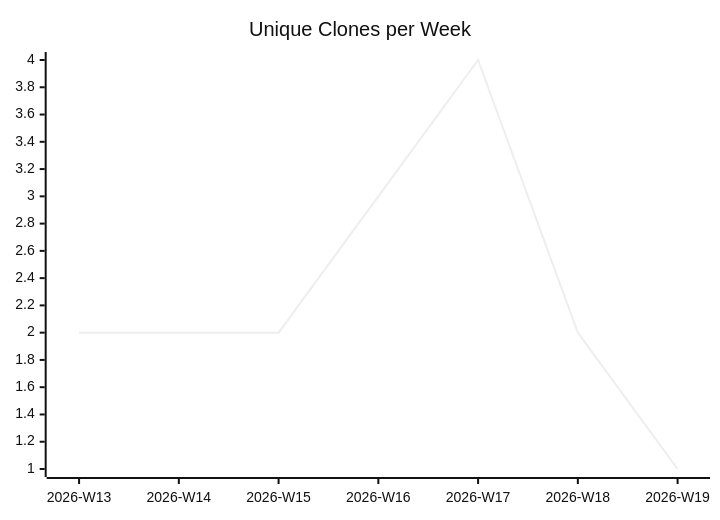
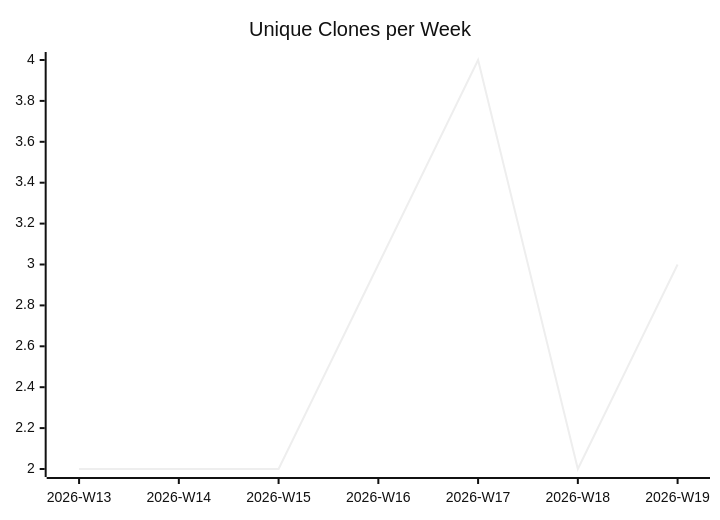
The third of 3 diagrams in karlmdavis/bbonfhir-dev-infra-docker/README.md (justdavis-family/github-analytics-data), drawn with Mermaid (neutral theme) before and after one commit. The commit also changed other lines of this file and 192 other files, not shown here.

````diff
--- a/karlmdavis/bbonfhir-dev-infra-docker/README.md
+++ b/karlmdavis/bbonfhir-dev-infra-docker/README.md
@@ -19,6 +19,6 @@
 ```mermaid
 xychart-beta
   title "Unique Clones per Week"
   x-axis ["2026-W13", "2026-W14", "2026-W15", "2026-W16", "2026-W17", "2026-W18", "2026-W19"]
-  line [2, 2, 2, 3, 4, 2, 1]
+  line [2, 2, 2, 3, 4, 2, 3]
 ```
````
